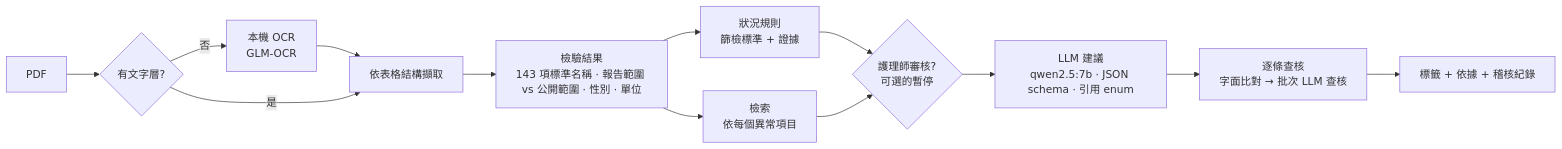
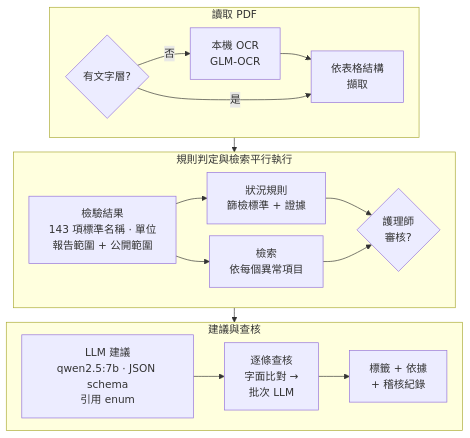
Before and after one commit to Washyu0826/health-report-reader: the second of 2 diagrams in README.zh-TW.md, drawn with Mermaid. The commit also changed other lines of this file and 1 other file, not shown here.

Commit message:
README: readable flowcharts on GitHub, shorter code lines, top-aligned screens

````diff
--- a/README.zh-TW.md
+++ b/README.zh-TW.md
@@ -104,14 +110,19 @@
 ```mermaid
-flowchart LR
-    A[PDF] --> B{有文字層?}
-    B -- 否 --> O[本機 OCR<br/>GLM-OCR] --> C
-    B -- 是 --> C[依表格結構擷取]
-    C --> D[檢驗結果<br/>143 項標準名稱 · 報告範圍 vs 公開範圍 · 性別 · 單位]
-    D --> E[狀況規則<br/>篩檢標準 + 證據]
-    D --> F[檢索<br/>依每個異常項目]
-    E --> R{護理師審核?<br/>可選的暫停}
-    F --> R
-    R --> G[LLM 建議<br/>qwen2.5:7b · JSON schema · 引用 enum]
-    G --> H[逐條查核<br/>字面比對 → 批次 LLM 查核]
-    H --> I[標籤 + 依據 + 稽核紀錄]
+%%{init: {"flowchart": {"rankSpacing": 22, "nodeSpacing": 18}}}%%
+flowchart TB
+    subgraph X ["讀取 PDF"]
+        direction LR
+        B{有文字層?} -- 否 --> O[本機 OCR<br/>GLM-OCR] --> C
+        B -- 是 --> C[依表格結構<br/>擷取]
+    end
+    subgraph Y ["規則判定與檢索平行執行"]
+        direction LR
+        D[檢驗結果<br/>143 項標準名稱 · 單位<br/>報告範圍 + 公開範圍] --> E[狀況規則<br/>篩檢標準 + 證據] & F[檢索<br/>依每個異常項目]
+        E & F --> R{護理師<br/>審核?}
+    end
+    subgraph Z ["建議與查核"]
+        direction LR
+        G[LLM 建議<br/>qwen2.5:7b · JSON schema<br/>引用 enum] --> H[逐條查核<br/>字面比對 →<br/>批次 LLM] --> I[標籤 + 依據<br/>+ 稽核紀錄]
+    end
+    X --> Y --> Z
 ```
````
